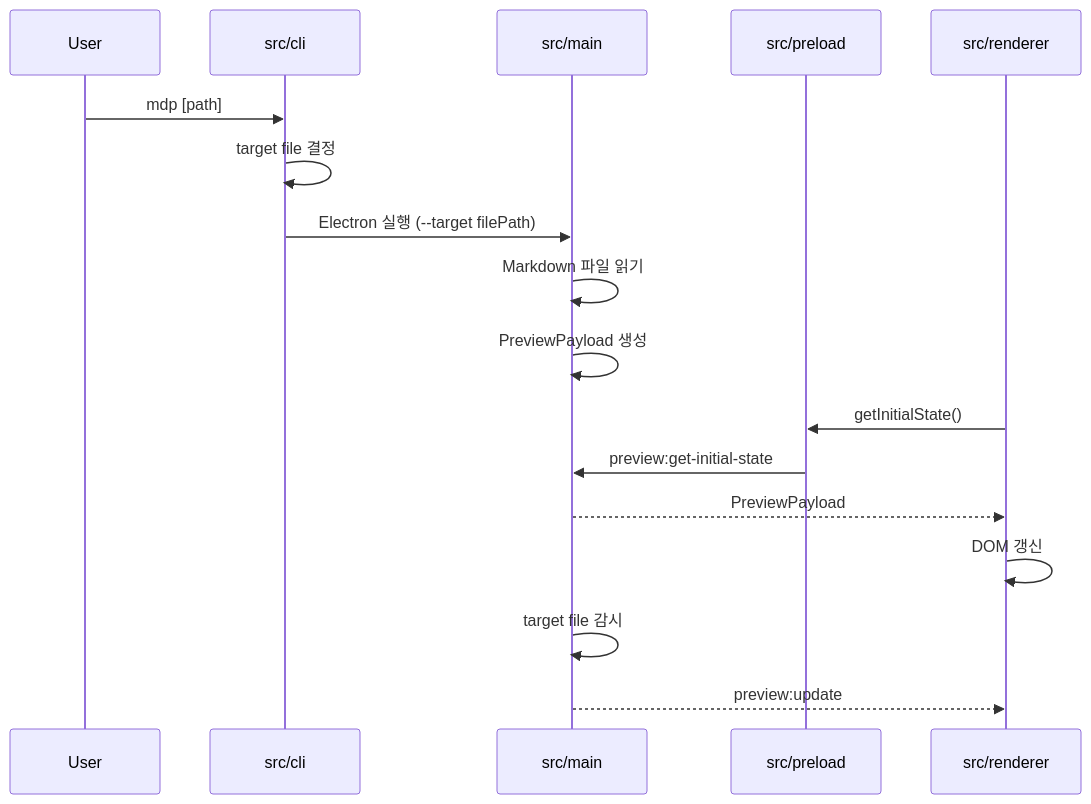
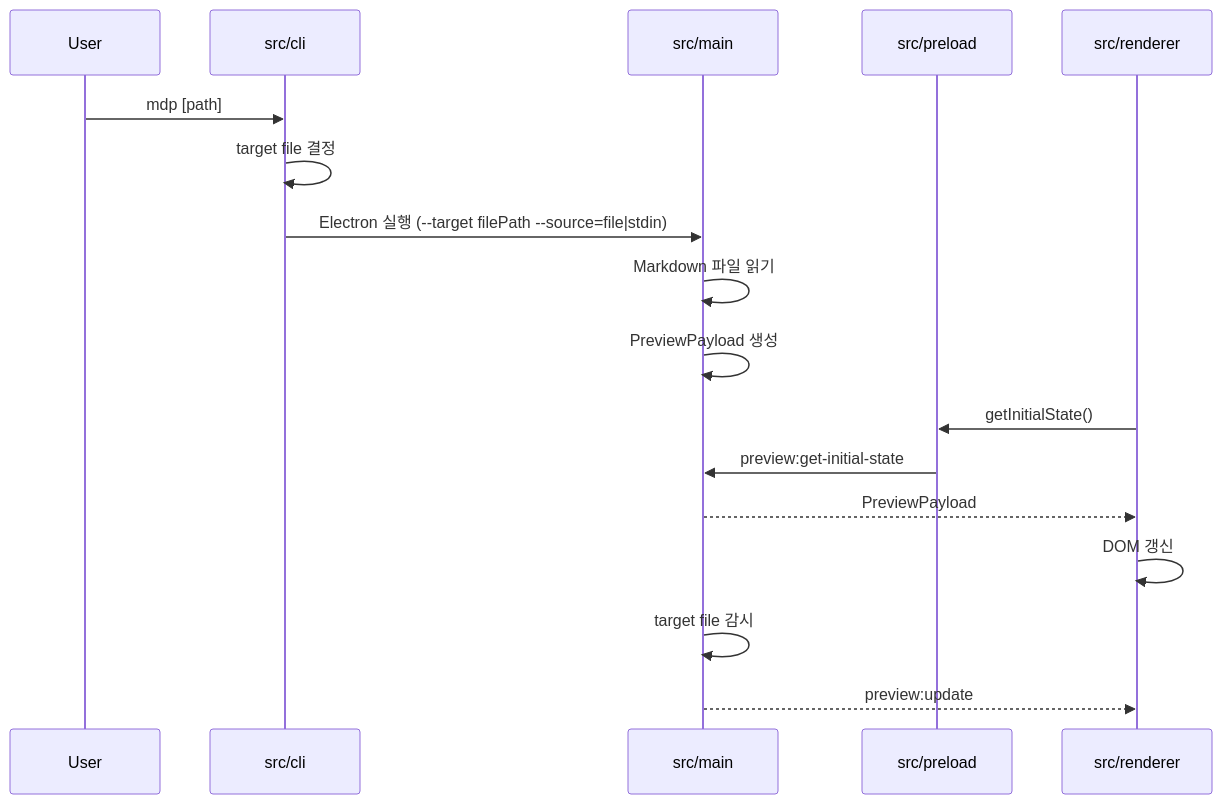
Before and after one commit to Sangyups/markdown-preview: the second of 2 diagrams in docs/project-architecture.md, drawn with Mermaid. The commit also changed other lines of this file and 13 other files, not shown here.

Commit message:
feat(cli): stdin Markdown preview 지원 추가

````diff
--- a/docs/project-architecture.md
+++ b/docs/project-architecture.md
@@ -29,20 +29,20 @@
 ```mermaid
 sequenceDiagram
     participant User
     participant CLI as src/cli
     participant Main as src/main
     participant Preload as src/preload
     participant Renderer as src/renderer
 
     User->>CLI: mdp [path]
     CLI->>CLI: target file 결정
-    CLI->>Main: Electron 실행 (--target filePath)
+    CLI->>Main: Electron 실행 (--target filePath --source=file|stdin)
     Main->>Main: Markdown 파일 읽기
     Main->>Main: PreviewPayload 생성
     Renderer->>Preload: getInitialState()
     Preload->>Main: preview:get-initial-state
     Main-->>Renderer: PreviewPayload
     Renderer->>Renderer: DOM 갱신
     Main->>Main: target file 감시
     Main-->>Renderer: preview:update
 ```
````
